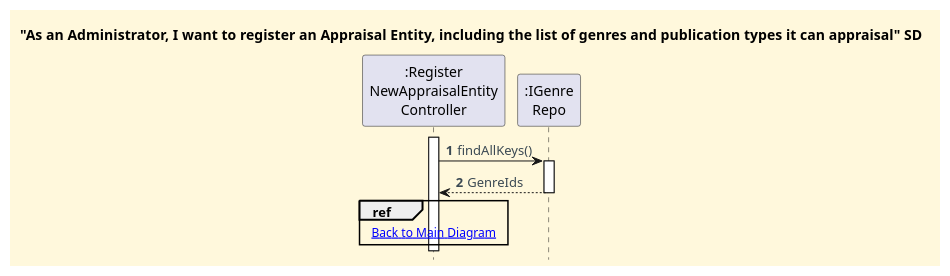
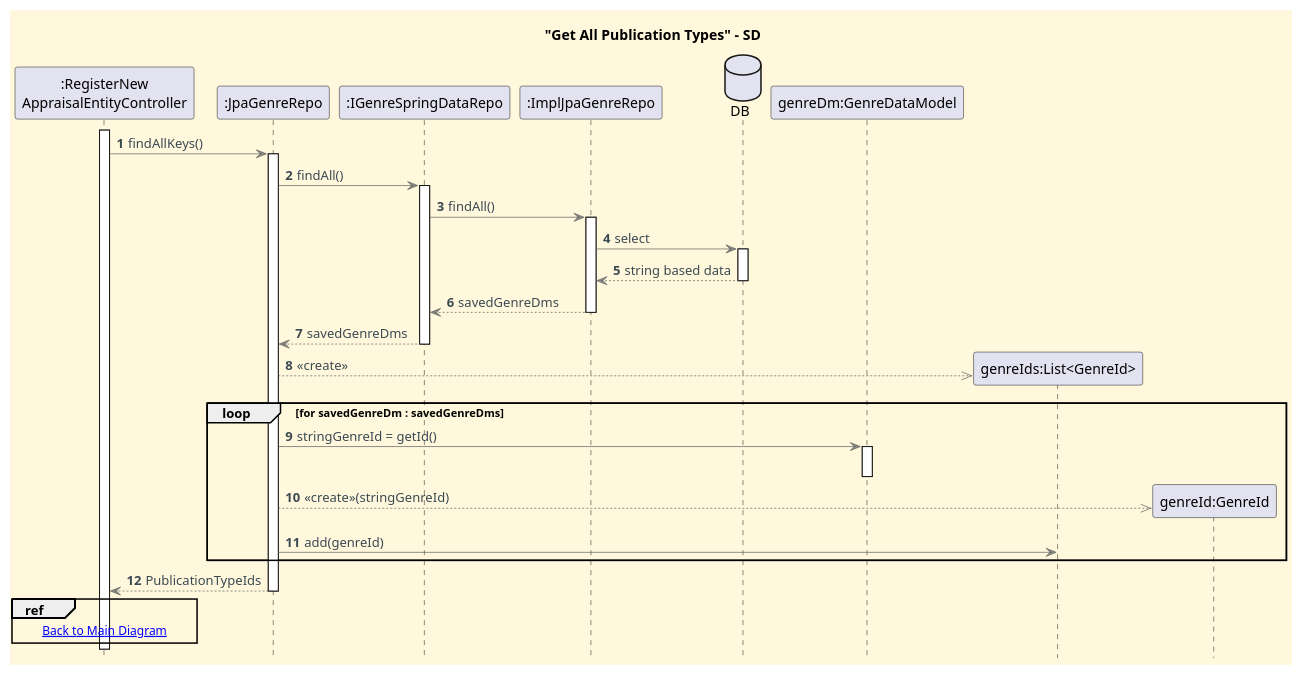
One commit to CarolinaLeite-collab/JavaMarketplacePlatform changed the diagram in docs/functionalities/admin/register-new-appraisal-entity/sd-ref-diagrams/Get_Genre_Ids.puml. Above: the diagram before and after it, drawn with PlantUML. The commit also changed 1 other file, not shown here.

Commit message:
docs: Update fragment diagrams on RegisterNewAppraisalEntity functionality, closes #896

```diff
--- a/docs/functionalities/admin/register-new-appraisal-entity/sd-ref-diagrams/Get_Genre_Ids.puml
+++ b/docs/functionalities/admin/register-new-appraisal-entity/sd-ref-diagrams/Get_Genre_Ids.puml
@@ -1,34 +1,71 @@
 @startuml
-'==== Title ====
-title "As an Administrator, I want to register an Appraisal Entity, including the list of genres and publication types it can appraisal" SD
+title "Get All Publication Types" - SD
 
-
-'==== basic style ====
 skinparam monochrome false
-skinparam shadowing false
 skinparam defaultFontName Futura
 skinparam objectFontSize 20
 skinparam backgroundColor CornSilk
 skinparam objectBackgroundColor WhiteSmoke
 skinparam noteBackgroundColor #FFFFE0
 skinparam ArrowFontColor #3B4953
-skinparam ActivationBackgroundColor black
+skinparam ArrowColor #57595BAA
+
+autonumber
+autoactivate off
 hidefootbox
-autonumber
+
+participant ":RegisterNew\nAppraisalEntityController" as CTL
+participant ":JpaGenreRepo" as JPAREPO
+participant ":IGenreSpringDataRepo" as SPRINGREPO
+participant ":ImplJpaGenreRepo" as IMPL
+database "DB" as DB
+participant "genreDm:GenreDataModel" as DM
+
+activate CTL
+CTL -> JPAREPO : findAllKeys()
+activate JPAREPO
+
+JPAREPO -> SPRINGREPO : findAll()
+activate SPRINGREPO
+
+SPRINGREPO -> IMPL : findAll()
+activate IMPL
+
+IMPL -> DB : select
+activate DB
+
+DB --> IMPL : string based data
+deactivate DB
+
+IMPL --> SPRINGREPO : savedGenreDms
+deactivate IMPL
+
+SPRINGREPO --> JPAREPO : savedGenreDms
+deactivate SPRINGREPO
+
+create "genreIds:List<GenreId>"
+
+JPAREPO -->> "genreIds:List<GenreId>" : <<create>>
+
+    loop for savedGenreDm : savedGenreDms
+
+        JPAREPO -> DM : stringGenreId = getId()
+        activate DM
+        deactivate DM
+
+        create "genreId:GenreId"
+        JPAREPO -->> "genreId:GenreId" : <<create>>(stringGenreId)
+
+        JPAREPO -> "genreIds:List<GenreId>" : add(genreId)
+
+    end
+
+  JPAREPO --> CTL : PublicationTypeIds
+  deactivate JPAREPO
 
 
-' ==== Actor and participants ====
-participant ":Register\nNewAppraisalEntity\nController" as CTL
-participant ":IGenre\nRepo" as IREPO
-
-activate CTL
-CTL -> IREPO: findAllKeys()
-activate IREPO
-IREPO --> CTL: GenreIds
-deactivate IREPO
 
 ref over CTL
 [[../Register_New_Appraisal_Entity_SD.puml Back to Main Diagram]]
 end ref
-
 @enduml
```
